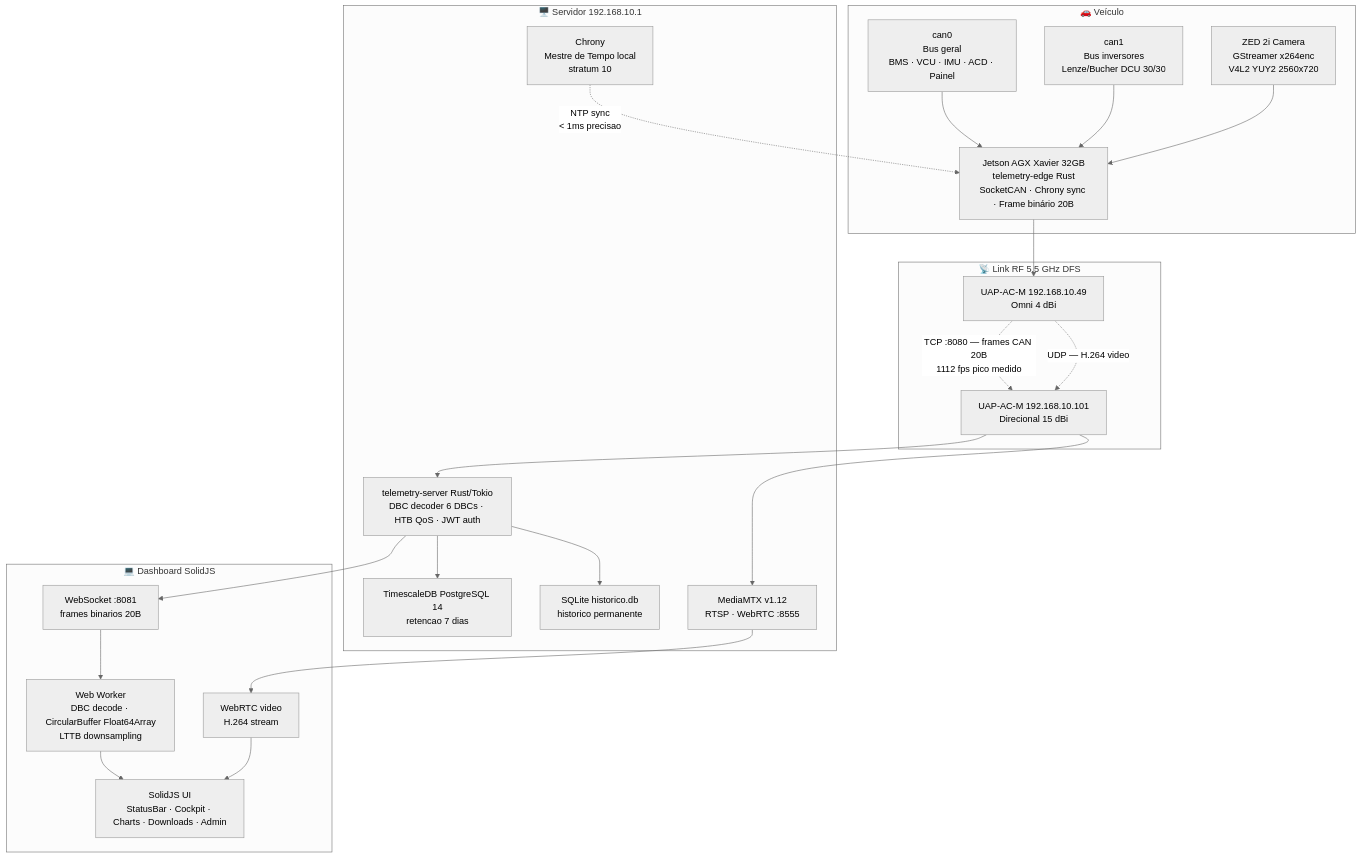
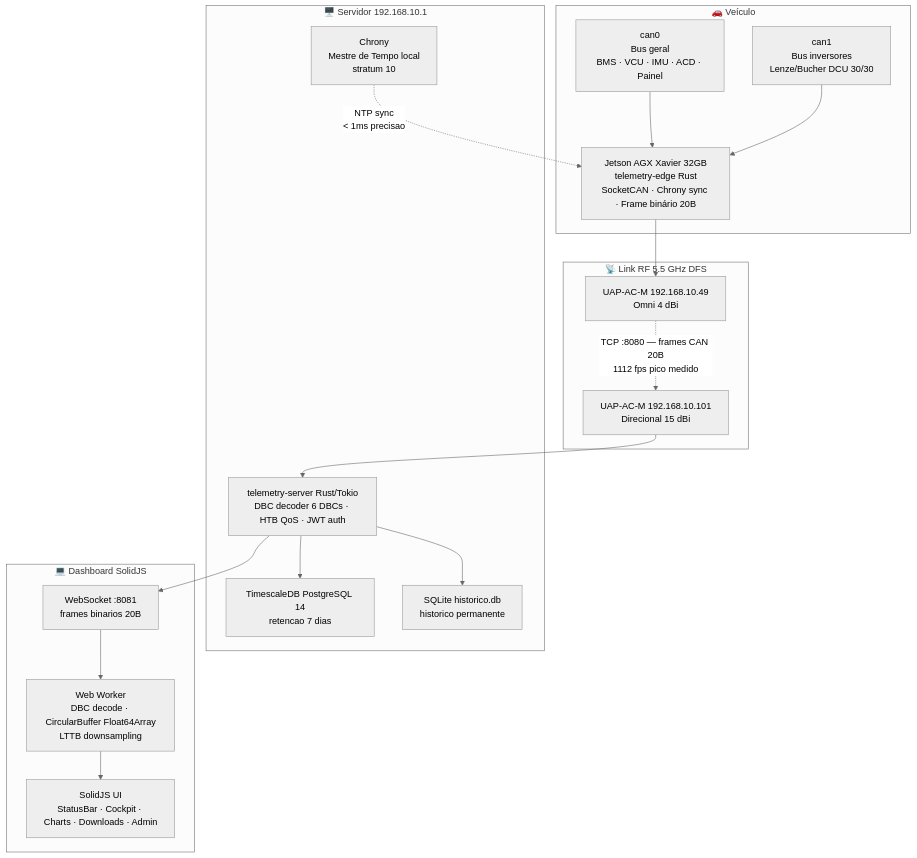
Before and after one commit to Faraoh-Back/TelemetriaV2.0: the fourth of 8 diagrams in design/handBook.md, drawn with Mermaid (neutral theme). The commit also changed other lines of this file and 2 other files, not shown here.

````diff
--- a/design/handBook.md
+++ b/design/handBook.md
@@ -326,42 +324,34 @@
 ```mermaid
 flowchart TD
     subgraph CARRO["🚗 Veículo"]
         CAN0["can0\nBus geral\nBMS · VCU · IMU · ACD · Painel"]
         CAN1["can1\nBus inversores\nLenze/Bucher DCU 30/30"]
         JETSON["Jetson AGX Xavier 32GB\ntelemetry-edge Rust\nSocketCAN · Chrony sync · Frame binário 20B"]
-        ZED["ZED 2i Camera\nGStreamer x264enc\nV4L2 YUY2 2560x720"]
         CAN0 --> JETSON
         CAN1 --> JETSON
-        ZED --> JETSON
     end
     subgraph RF["📡 Link RF 5.5 GHz DFS"]
         AP_CAR["UAP-AC-M 192.168.10.49\nOmni 4 dBi"]
         AP_BOX["UAP-AC-M 192.168.10.101\nDirecional 15 dBi"]
         AP_CAR -."TCP :8080 — frames CAN 20B\n1112 fps pico medido".-> AP_BOX
-        AP_CAR -."UDP — H.264 video".-> AP_BOX
     end
     subgraph SERVER["🖥️ Servidor 192.168.10.1"]
         SRV["telemetry-server Rust/Tokio\nDBC decoder 6 DBCs · HTB QoS · JWT auth"]
         TS["TimescaleDB PostgreSQL 14\nretencao 7 dias"]
         SQ["SQLite historico.db\nhistorico permanente"]
-        MEDIA["MediaMTX v1.12\nRTSP · WebRTC :8555"]
         CHRONY_SRV["Chrony\nMestre de Tempo local\nstratum 10"]
         SRV --> TS
         SRV --> SQ
         AP_BOX --> SRV
-        AP_BOX --> MEDIA
     end
     subgraph DASH["💻 Dashboard SolidJS"]
         WS["WebSocket :8081\nframes binarios 20B"]
         WORKER["Web Worker\nDBC decode · CircularBuffer Float64Array\nLTTB downsampling"]
         UI["SolidJS UI\nStatusBar · Cockpit · Charts · Downloads · Admin"]
-        VIDEO["WebRTC video\nH.264 stream"]
         SRV --> WS
         WS --> WORKER
         WORKER --> UI
-        MEDIA --> VIDEO
-        VIDEO --> UI
     end
     JETSON --> AP_CAR
     CHRONY_SRV -."NTP sync\n< 1ms precisao".-> JETSON
 ```
````
